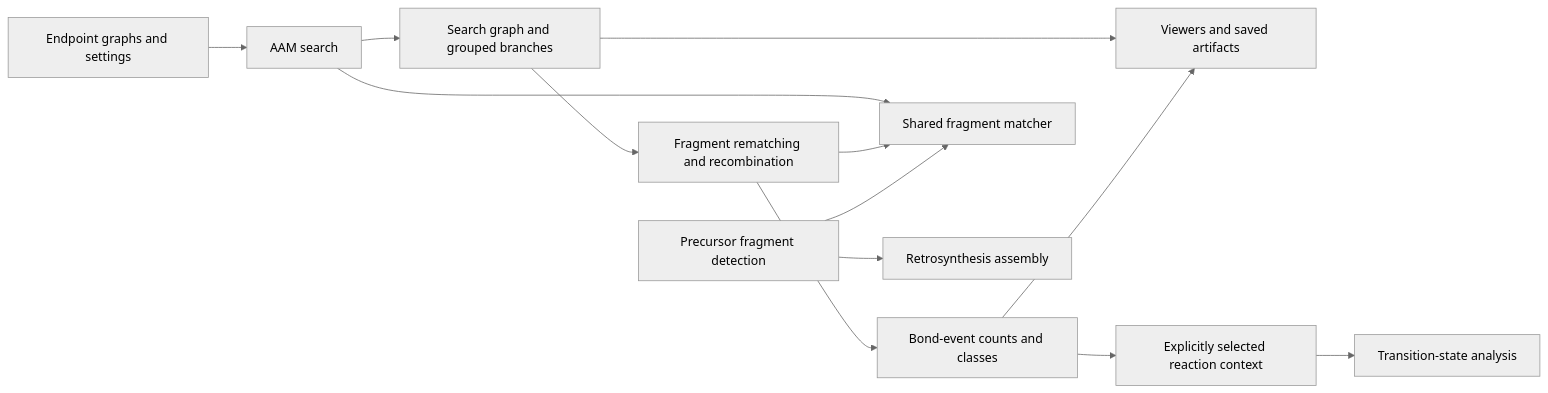
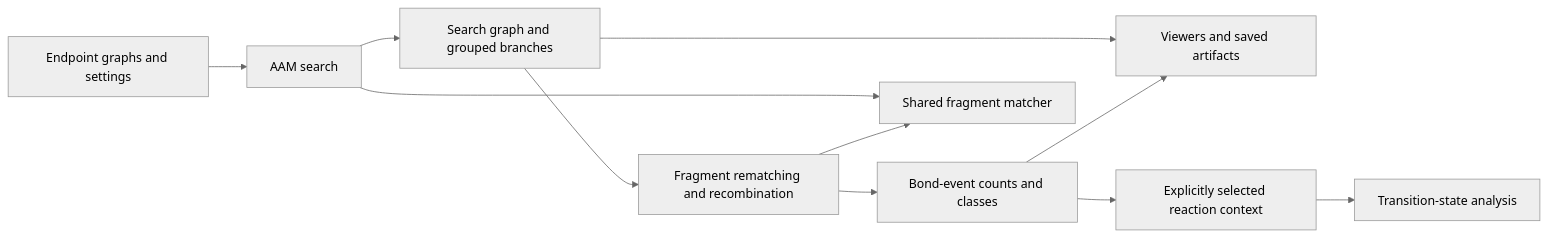
The diagram in design.md (yunhzou/MAPPA-AAM), drawn with Mermaid (neutral theme) before and after one commit. The commit also changed other lines of this file and 145 other files, not shown here.

````diff
--- a/design.md
+++ b/design.md
@@ -10,15 +10,13 @@
 ```mermaid
 flowchart LR
     Input[Endpoint graphs and settings] --> Search[AAM search]
     Search --> Result[Search graph and grouped branches]
     Result --> Conversion[Fragment rematching and recombination]
     Conversion --> Events[Bond-event counts and classes]
     Search --> Matcher[Shared fragment matcher]
     Conversion --> Matcher
-    Detection[Precursor fragment detection] --> Matcher
-    Detection --> Assembly[Retrosynthesis assembly]
     Result --> View[Viewers and saved artifacts]
     Events --> View
     Events --> Reaction[Explicitly selected reaction context]
     Reaction --> TS[Transition-state analysis]
 ```
````
